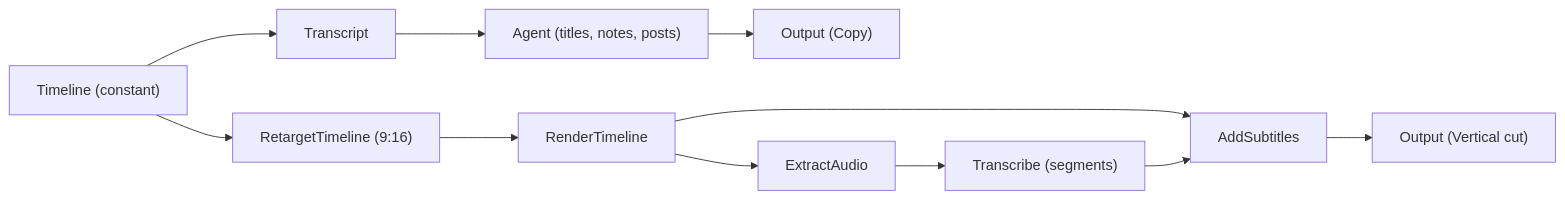
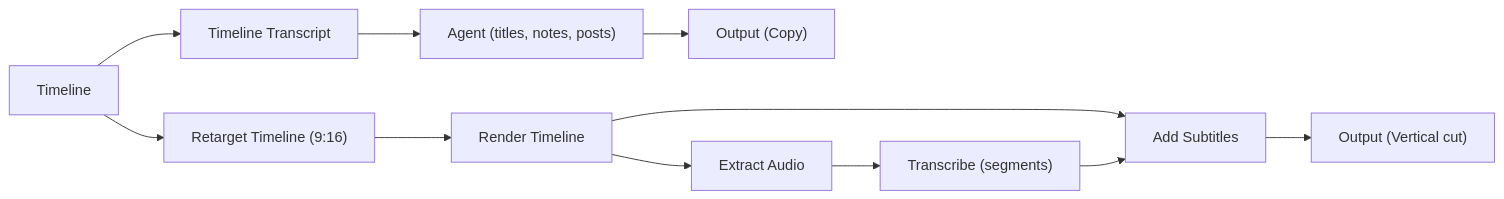
The seventh of 8 diagrams in docs/cookbook/patterns.md (nodetool-ai/nodetool), drawn with Mermaid before and after one commit. The commit also changed other lines of this file and 2 other files, not shown here.

```diff
--- a/docs/cookbook/patterns.md
+++ b/docs/cookbook/patterns.md
@@ -297,16 +296,16 @@
 {% mermaid %}
 graph LR
-  tl["Timeline (constant)"]
-  transcript["Transcript"]
+  tl["Timeline"]
+  transcript["Timeline Transcript"]
   agent["Agent (titles, notes, posts)"]
-  retarget["RetargetTimeline (9:16)"]
-  render["RenderTimeline"]
-  audio["ExtractAudio"]
+  retarget["Retarget Timeline (9:16)"]
+  render["Render Timeline"]
+  audio["Extract Audio"]
   asr["Transcribe (segments)"]
-  subs["AddSubtitles"]
+  subs["Add Subtitles"]
   copy["Output (Copy)"]
   post["Output (Vertical cut)"]
   tl --> transcript --> agent --> copy
   tl --> retarget --> render --> subs --> post
   render --> audio --> asr --> subs
 {% endmermaid %}
```
